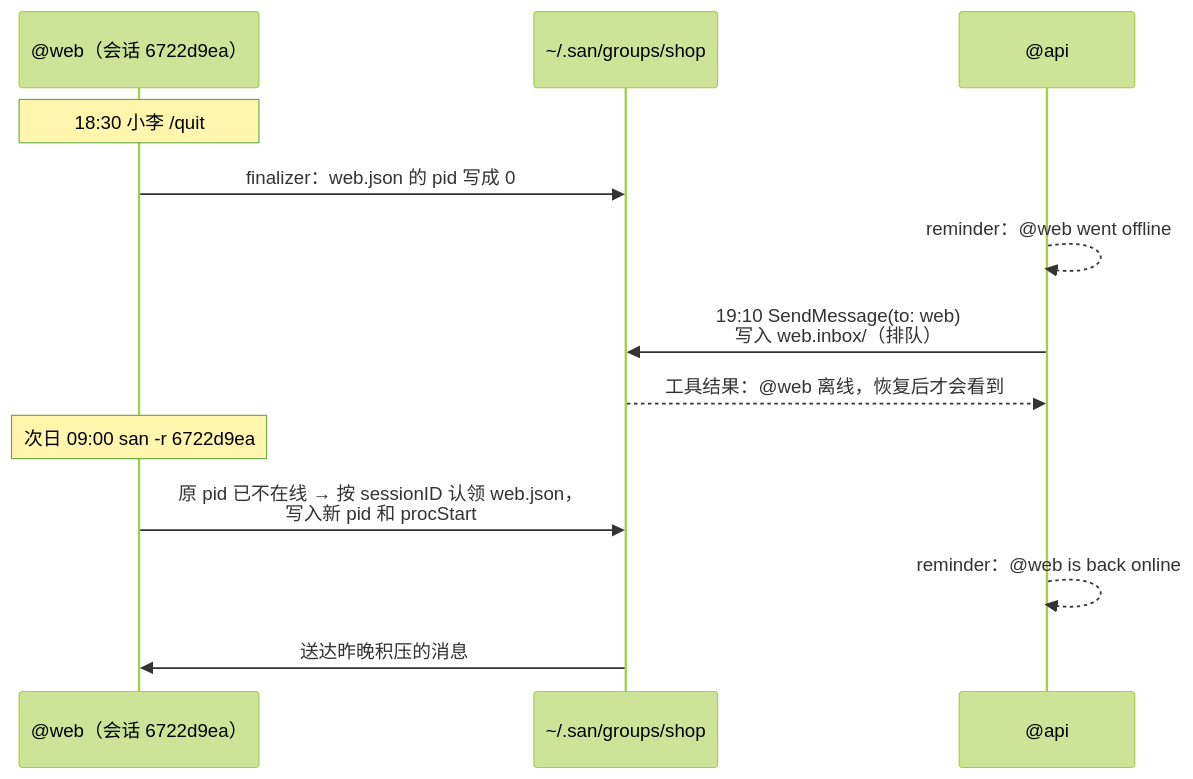
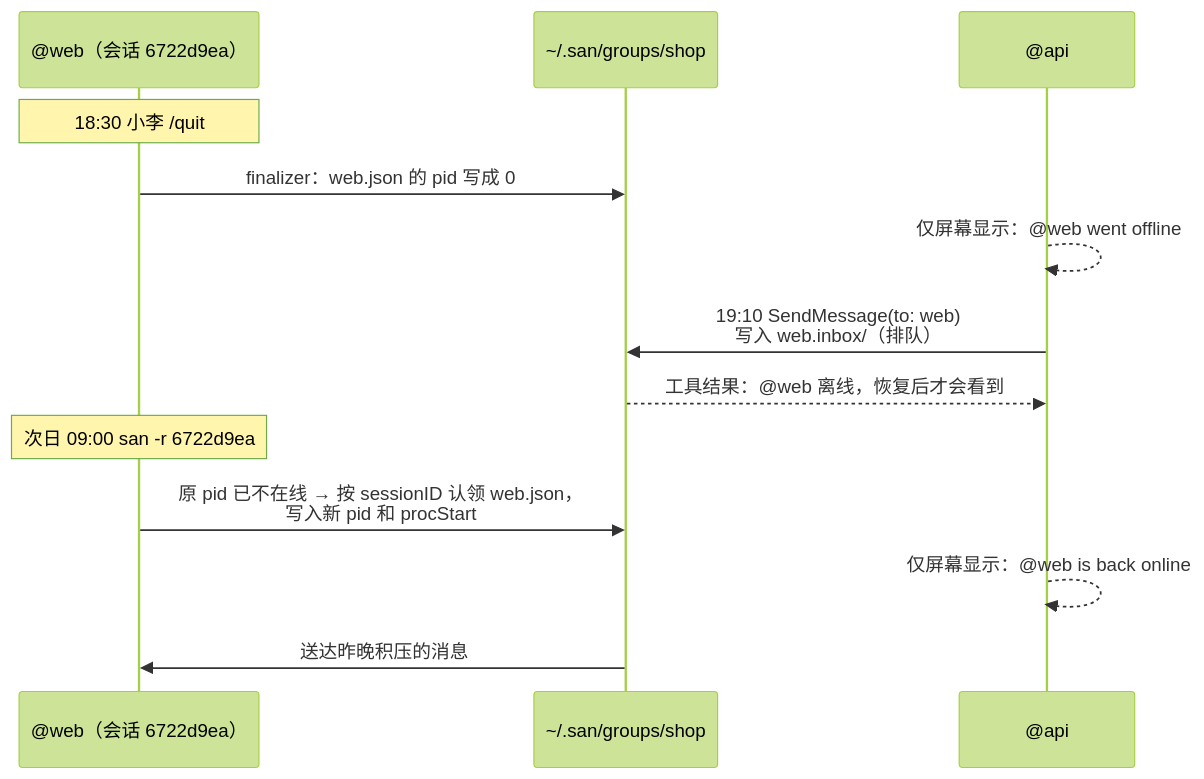
Before and after one commit to genai-io/san: the fourth of 5 diagrams in docs/design/proposals/0003-session-groups.zh.md, drawn with Mermaid (forest theme). The commit also changed other lines of this file and 14 other files, not shown here.

````diff
--- a/docs/design/proposals/0003-session-groups.zh.md
+++ b/docs/design/proposals/0003-session-groups.zh.md
@@ -368,15 +371,15 @@
 ```mermaid
 sequenceDiagram
     participant W as @web（会话 6722d9ea）
     participant FS as ~/.san/groups/shop
     participant A as @api
     Note over W: 18:30 小李 /quit
     W->>FS: finalizer：web.json 的 pid 写成 0
-    A-->>A: reminder：@web went offline
+    A-->>A: 仅屏幕显示：@web went offline
     A->>FS: 19:10 SendMessage(to: web)<br/>写入 web.inbox/（排队）
     FS-->>A: 工具结果：@web 离线，恢复后才会看到
     Note over W: 次日 09:00 san -r 6722d9ea
     W->>FS: 原 pid 已不在线 → 按 sessionID 认领 web.json，<br/>写入新 pid 和 procStart
-    A-->>A: reminder：@web is back online
+    A-->>A: 仅屏幕显示：@web is back online
     FS->>W: 送达昨晚积压的消息
 ```
````
